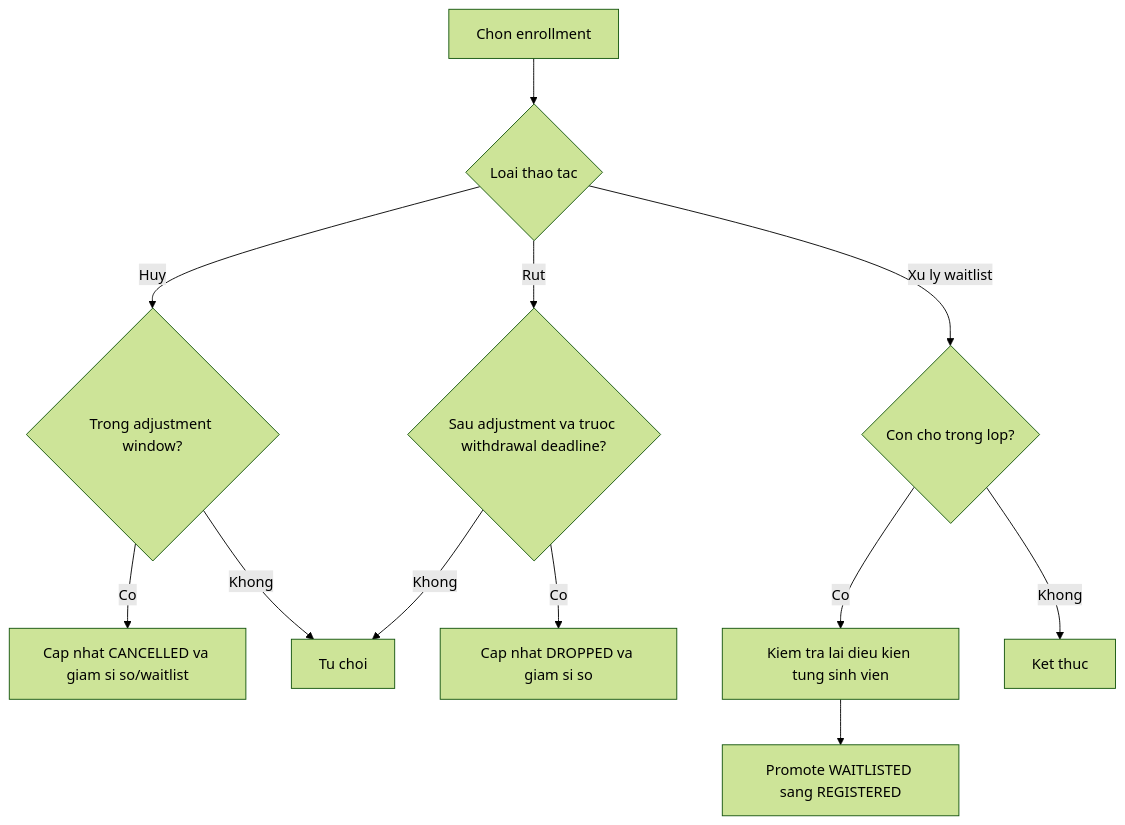
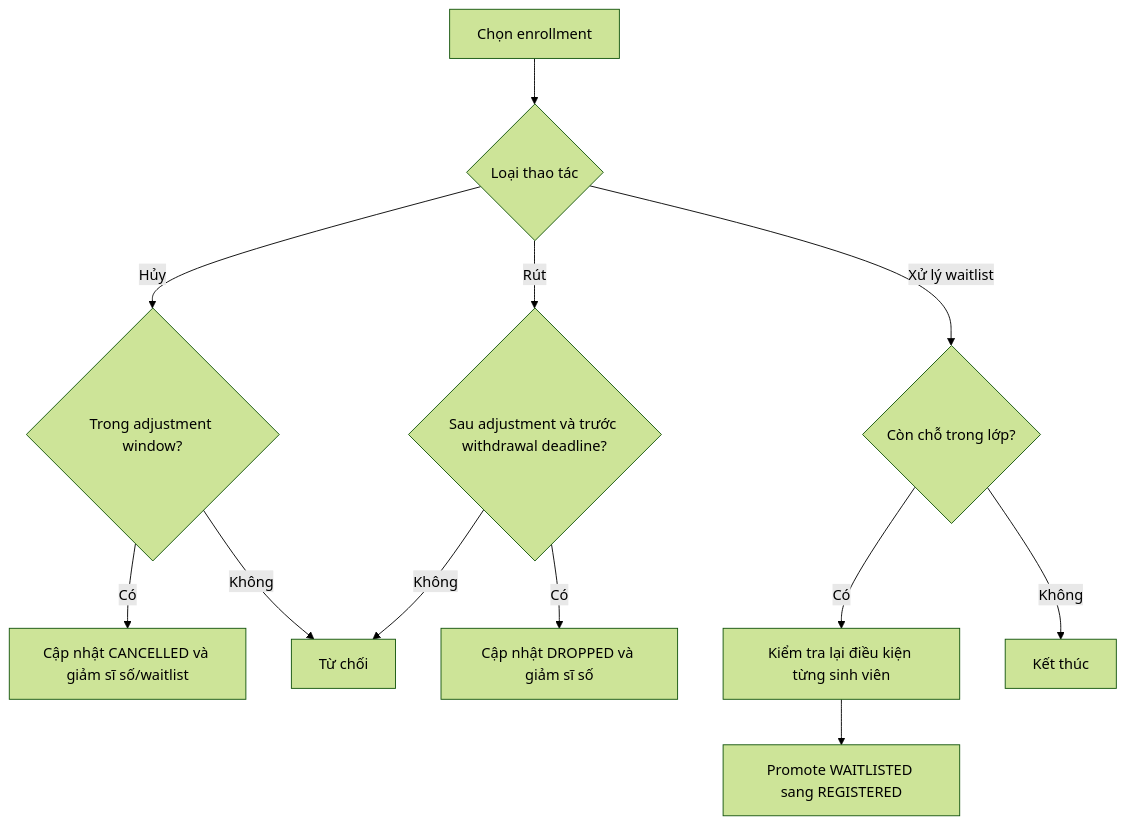
The fourth of 4 diagrams in docs/analysis-design.md (athanhneee/CNPM_NHOM25), drawn with Mermaid (forest theme) before and after one commit. The commit also changed other lines of this file and 86 other files, not shown here.

````diff
--- a/docs/analysis-design.md
+++ b/docs/analysis-design.md
@@ -146,14 +147,14 @@
 ```mermaid
 flowchart TD
-  A[Chon enrollment] --> B{Loai thao tac}
-  B -->|Huy| C{Trong adjustment window?}
-  C -->|Co| D[Cap nhat CANCELLED va giam si so/waitlist]
-  C -->|Khong| E[Tu choi]
-  B -->|Rut| F{Sau adjustment va truoc withdrawal deadline?}
-  F -->|Co| G[Cap nhat DROPPED va giam si so]
-  F -->|Khong| E
-  B -->|Xu ly waitlist| H{Con cho trong lop?}
-  H -->|Co| I[Kiem tra lai dieu kien tung sinh vien]
+  A[Chọn enrollment] --> B{Loại thao tác}
+  B -->|Hủy| C{Trong adjustment window?}
+  C -->|Có| D[Cập nhật CANCELLED và giảm sĩ số/waitlist]
+  C -->|Không| E[Từ chối]
+  B -->|Rút| F{Sau adjustment và trước withdrawal deadline?}
+  F -->|Có| G[Cập nhật DROPPED và giảm sĩ số]
+  F -->|Không| E
+  B -->|Xử lý waitlist| H{Còn chỗ trong lớp?}
+  H -->|Có| I[Kiểm tra lại điều kiện từng sinh viên]
   I --> J[Promote WAITLISTED sang REGISTERED]
-  H -->|Khong| K[Ket thuc]
+  H -->|Không| K[Kết thúc]
 ```
````
